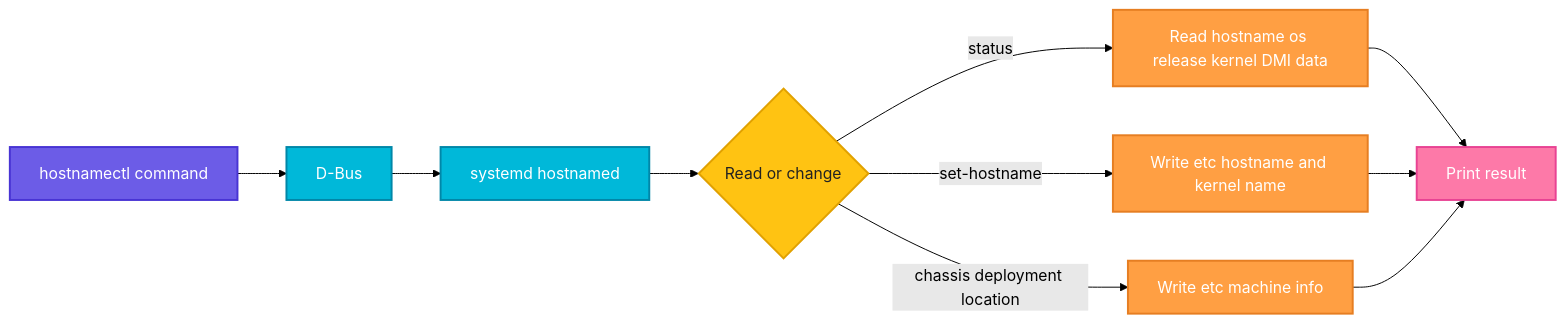
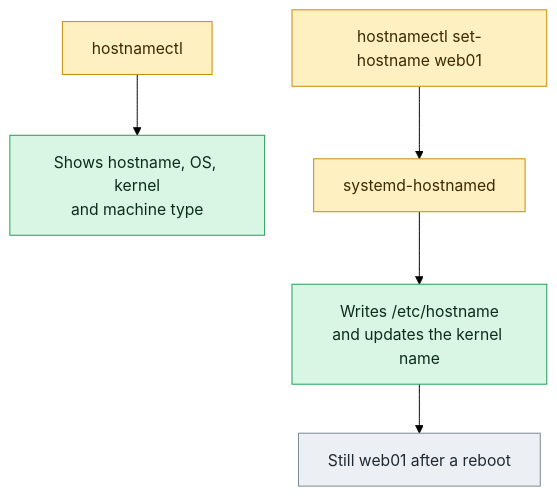
Before and after one commit to codeKerdosTech/DevOps-Documentation: the diagram in linux/system-info/hostnamectl.md, drawn with Mermaid (forest theme). The commit also changed other lines of this file and 165 other files, not shown here.

Commit message:
updated diagrams in linux

````diff
--- a/linux/system-info/hostnamectl.md
+++ b/linux/system-info/hostnamectl.md
@@ -26,24 +26,15 @@
 ```mermaid
-flowchart LR
-    A[hostnamectl command] --> B[D-Bus]
-    B --> C[systemd hostnamed]
-    C --> D{Read or change}
-    D -->|status| E[Read hostname os release kernel DMI data]
-    D -->|set-hostname| F[Write etc hostname and kernel name]
-    D -->|chassis deployment location| G[Write etc machine info]
-    E --> H[Print result]
-    F --> H
-    G --> H
-    classDef start fill:#6C5CE7,stroke:#4834D4,stroke-width:2px,color:#fff
-    classDef proc fill:#00B8D9,stroke:#0087A8,stroke-width:2px,color:#fff
-    classDef dec fill:#FFC312,stroke:#E1A100,stroke-width:2px,color:#222
-    classDef ok fill:#2ECC71,stroke:#1E8449,stroke-width:2px,color:#fff
-    classDef err fill:#FF4757,stroke:#C0392B,stroke-width:2px,color:#fff
-    classDef out fill:#FD79A8,stroke:#E84393,stroke-width:2px,color:#fff
-    classDef alt fill:#FF9F43,stroke:#E67E22,stroke-width:2px,color:#fff
-    class A start
-    class B,C proc
-    class D dec
-    class E,F,G alt
-    class H out
+flowchart TD
+    c1[hostnamectl] --> o1[Shows hostname, OS, kernel<br/>and machine type]
+    c2[hostnamectl set-hostname web01] --> c3[systemd-hostnamed]
+    c3 --> o2[Writes /etc/hostname<br/>and updates the kernel name]
+    o2 --> n1[Still web01 after a reboot]
+    classDef inp fill:#DCEBFF,stroke:#2F6FDE,color:#10213F
+    classDef cmd fill:#FFF0C2,stroke:#C98A00,color:#3A2A00
+    classDef out fill:#D9F5E3,stroke:#1F9D55,color:#0B2E1A
+    classDef bad fill:#FDE0E0,stroke:#D13B3B,color:#4A0F0F
+    classDef note fill:#ECEFF3,stroke:#7B8794,color:#1F2933
+    class c1,c2,c3 cmd
+    class o1,o2 out
+    class n1 note
 ```
````
